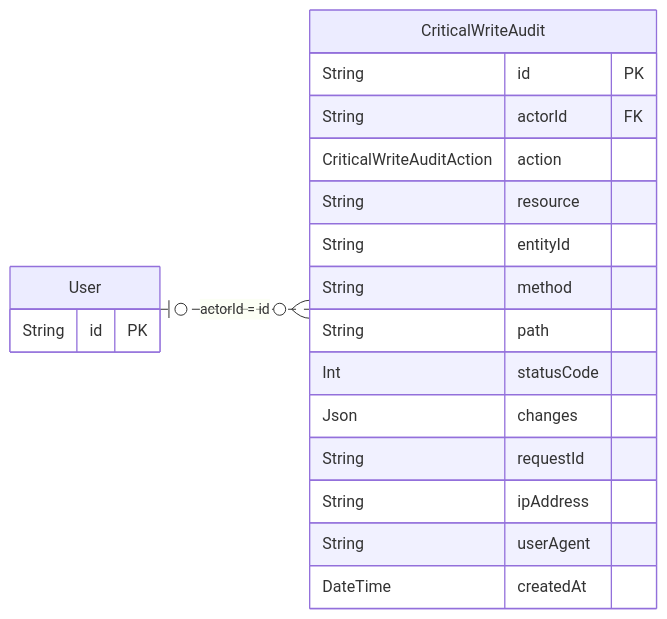
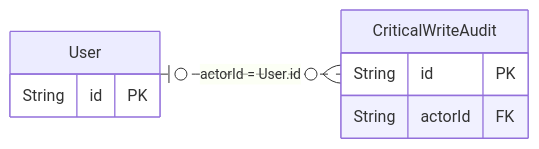
The third of 22 diagrams in docs/architecture/views/logical/data-and-persistence/generated/database-schema.md (gpgsistemas01/nexus), drawn with Mermaid before and after one commit. The commit also changed other lines of this file and 4 other files, not shown here.

Commit message:
docs: simplificar vista lógica y aclarar relaciones del modelo ER

````diff
--- a/docs/architecture/views/logical/data-and-persistence/generated/database-schema.md
+++ b/docs/architecture/views/logical/data-and-persistence/generated/database-schema.md
@@ -179,23 +85,12 @@
 ```mermaid
 erDiagram
     direction LR
     CriticalWriteAudit {
         String id PK
         String actorId FK
-        CriticalWriteAuditAction action
-        String resource
-        String entityId
-        String method
-        String path
-        Int statusCode
-        Json changes
-        String requestId
-        String ipAddress
-        String userAgent
-        DateTime createdAt
     }
     User {
         String id PK
     }
-    User o|..o{ CriticalWriteAudit : "actorId = id"
+    User o|..o{ CriticalWriteAudit : "actorId = User.id"
 ```
````
